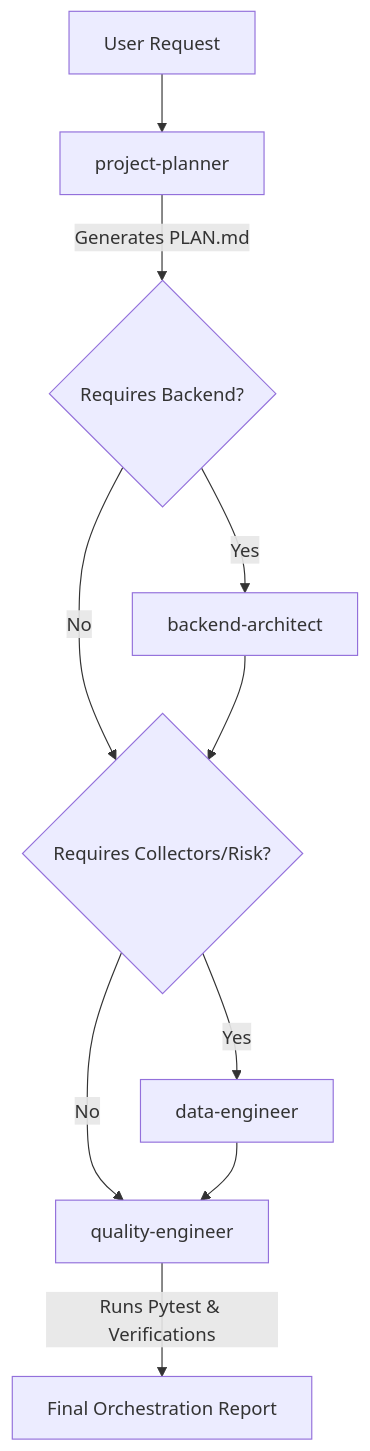
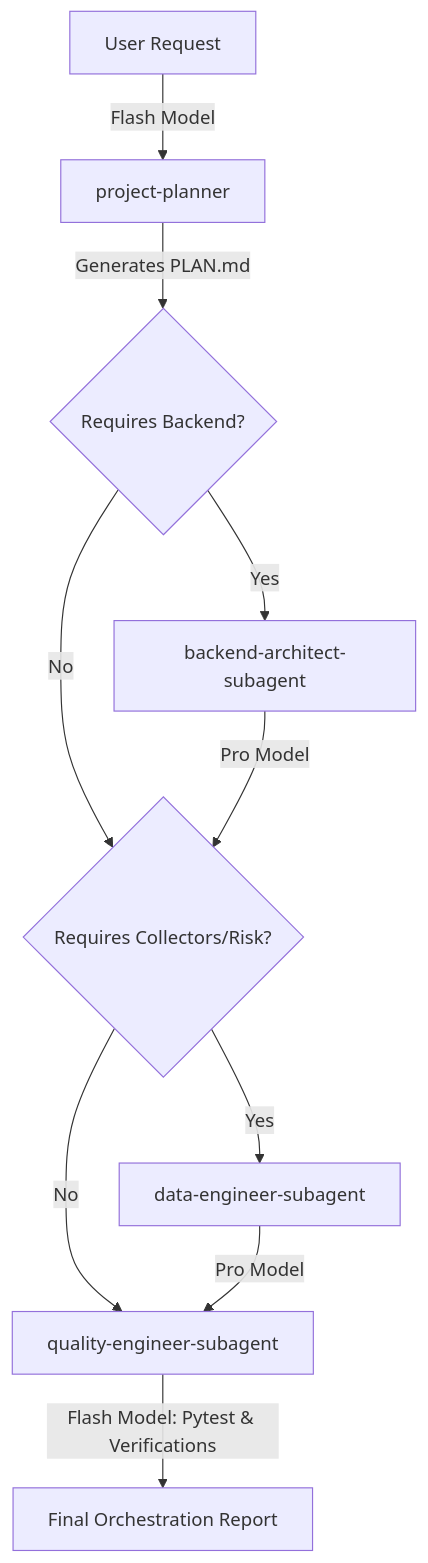
Before and after one commit to GhostFaceInterface/SilverPilot: the diagram in .agent/workflows/orchestrate.md, drawn with Mermaid. The commit also changed other lines of this file and 28 other files, not shown here.

````diff
--- a/.agent/workflows/orchestrate.md
+++ b/.agent/workflows/orchestrate.md
@@ -15,12 +17,12 @@
 ```mermaid
 graph TD
-    A[User Request] --> B[project-planner]
+    A[User Request] -->|Flash Model| B[project-planner]
     B -->|Generates PLAN.md| C{Requires Backend?}
-    C -->|Yes| D[backend-architect]
+    C -->|Yes| D[backend-architect-subagent]
     C -->|No| E{Requires Collectors/Risk?}
-    D --> E
-    E -->|Yes| F[data-engineer]
-    E -->|No| G[quality-engineer]
-    F --> G
-    G -->|Runs Pytest & Verifications| H[Final Orchestration Report]
+    D -->|Pro Model| E
+    E -->|Yes| F[data-engineer-subagent]
+    E -->|No| G[quality-engineer-subagent]
+    F -->|Pro Model| G
+    G -->|Flash Model: Pytest & Verifications| H[Final Orchestration Report]
 ```
````
